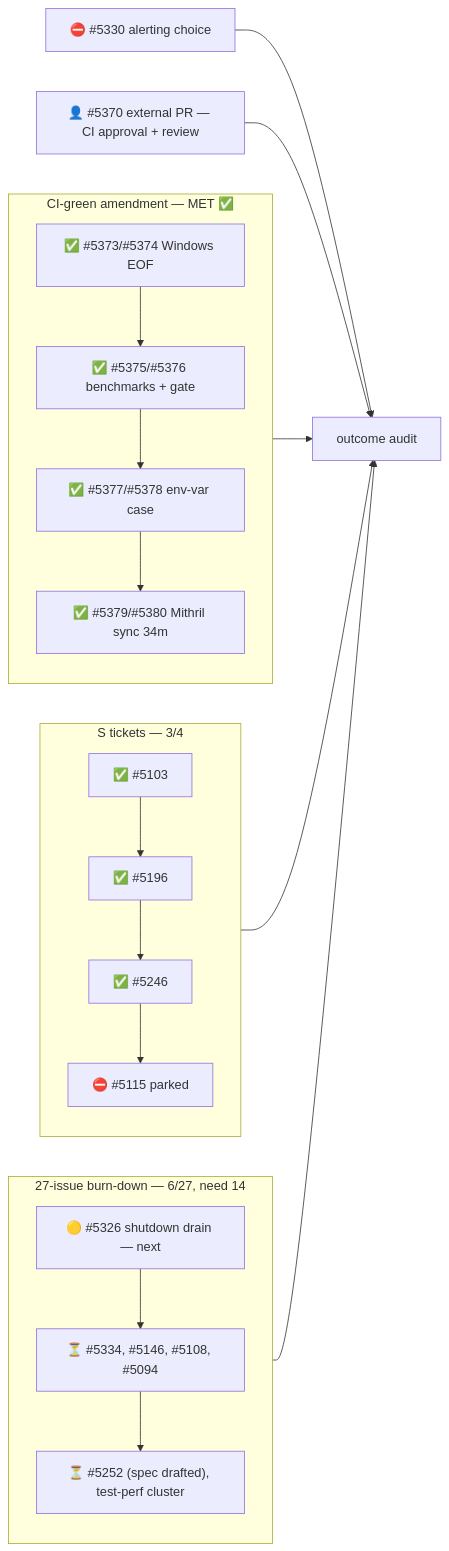
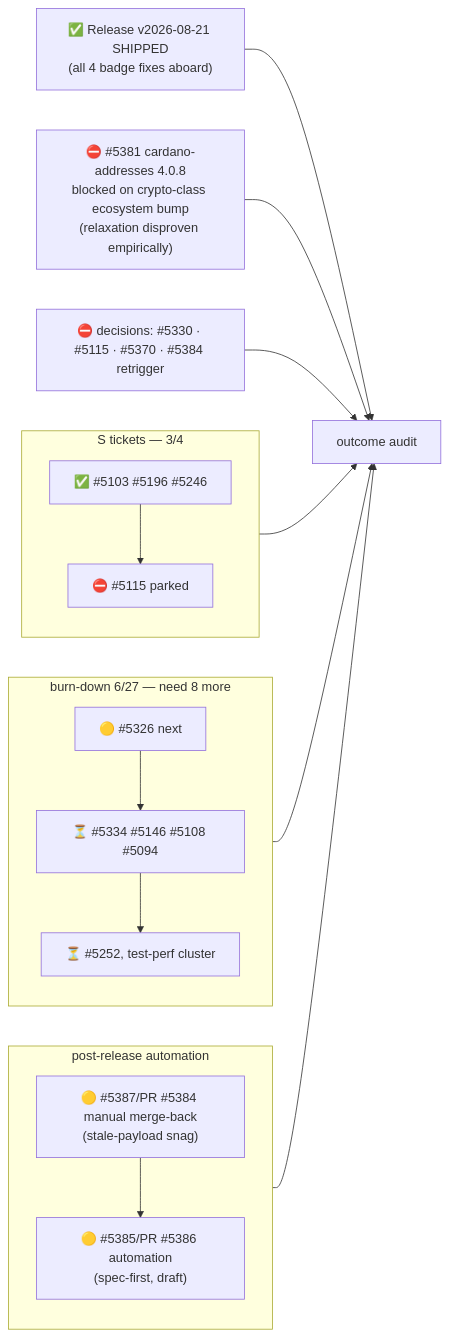
Before and after one commit to cardano-foundation/cardano-wallet: the diagram in .milestones/119/state.md, drawn with Mermaid. The commit also changed other lines of this file and 3 other files, not shown here.

````diff
--- a/.milestones/119/state.md
+++ b/.milestones/119/state.md
@@ -4,20 +4,18 @@
 ```mermaid
 flowchart LR
-  subgraph badges["CI-green amendment — MET ✅"]
-    B1["✅ #5373/#5374 Windows EOF"] --> B2["✅ #5375/#5376 benchmarks + gate"]
-    B2 --> B3["✅ #5377/#5378 env-var case"]
-    B3 --> B4["✅ #5379/#5380 Mithril sync 34m"]
+  R["✅ Release v2026-08-21 SHIPPED<br/>(all 4 badge fixes aboard)"] --> Z["outcome audit"]
+  subgraph s["S tickets — 3/4"]
+    S3["✅ #5103 #5196 #5246"] --> S4["⛔ #5115 parked"]
   end
-  subgraph s["S tickets — 3/4"]
-    S1["✅ #5103"] --> S2["✅ #5196"] --> S3["✅ #5246"] --> S4["⛔ #5115 parked"]
+  subgraph burn["burn-down 6/27 — need 8 more"]
+    Q1["🟡 #5326 next"] --> Q2["⏳ #5334 #5146 #5108 #5094"] --> Q3["⏳ #5252, test-perf cluster"]
   end
-  subgraph backlog["27-issue burn-down — 6/27, need 14"]
-    Q1["🟡 #5326 shutdown drain — next"] --> Q2["⏳ #5334, #5146, #5108, #5094"]
-    Q2 --> Q3["⏳ #5252 (spec drafted), test-perf cluster"]
+  subgraph auto["post-release automation"]
+    A1["🟡 #5387/PR #5384 manual merge-back<br/>(stale-payload snag)"] --> A2["🟡 #5385/PR #5386 automation<br/>(spec-first, draft)"]
   end
-  D1["⛔ #5330 alerting choice"] --> Z["outcome audit"]
-  D2["👤 #5370 external PR — CI approval + review"] --> Z
-  badges --> Z
+  X["⛔ #5381 cardano-addresses 4.0.8<br/>blocked on crypto-class ecosystem bump<br/>(relaxation disproven empirically)"] --> Z
+  D["⛔ decisions: #5330 · #5115 · #5370 · #5384 retrigger"] --> Z
   s --> Z
-  backlog --> Z
+  burn --> Z
+  auto --> Z
 ```
````
